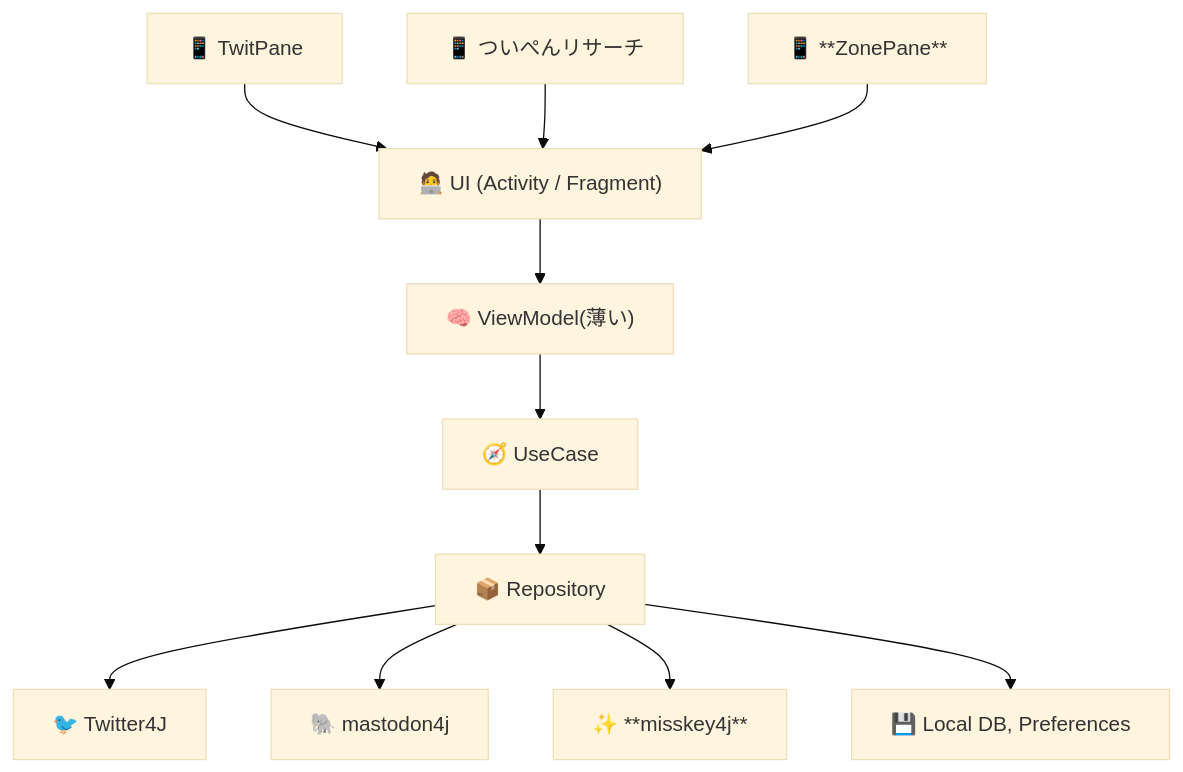
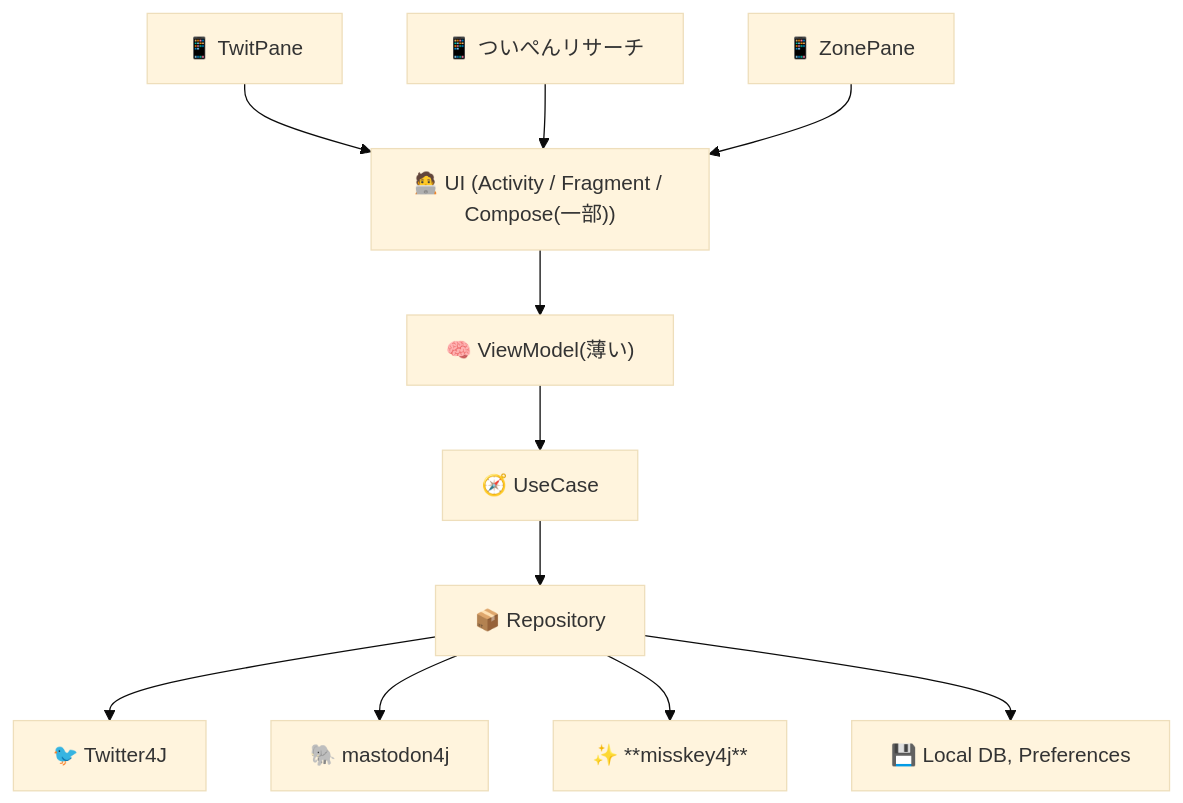
Before and after one commit to takke/mermaid_exam: the third of 5 diagrams in twitpane.md, drawn with Mermaid (base theme). The commit also changed other lines of this file, not shown here.

````diff
--- a/twitpane.md
+++ b/twitpane.md
@@ -50,23 +50,23 @@
 ```mermaid
 flowchart TD
   TP["📱 TwitPane"]
   TPR["📱 ついぺんリサーチ"]
-  ZP["📱 **ZonePane**"]
-  UI["🧑‍💻 UI (Activity / Fragment)"]
+  ZP["📱 ZonePane"]
+  UI["🧑‍💻 UI (Activity / Fragment / Compose(一部))"]
   VM["🧠 ViewModel(薄い)"]
   UC["🧭 UseCase"]
   RP["📦 Repository"]
   TW["🐦 Twitter4J"]
   MA["🐘 mastodon4j"]
   MI["✨ **misskey4j**"]
   DB["💾 Local DB, Preferences"]
 
   TP --> UI
   TPR --> UI
   ZP --> UI
   UI --> VM --> UC --> RP
   RP --> TW
   RP --> MA
   RP --> MI
   RP --> DB
 ```
````
